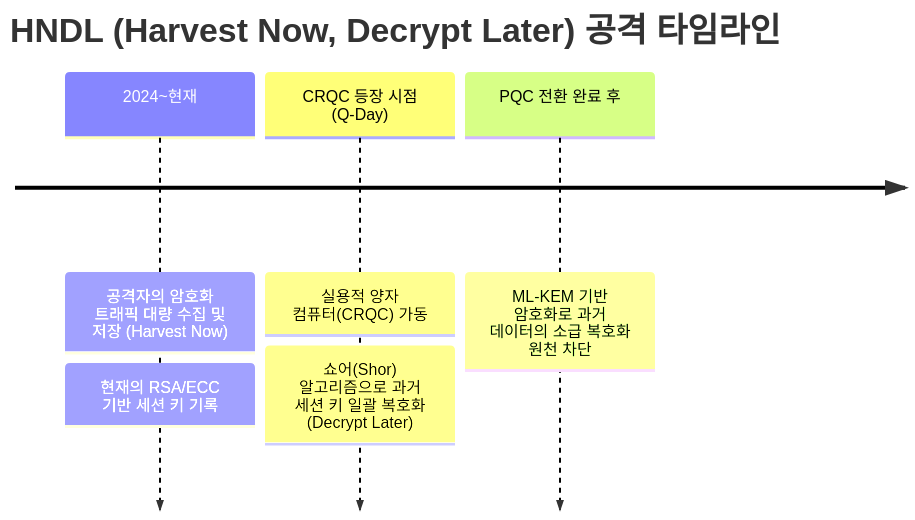
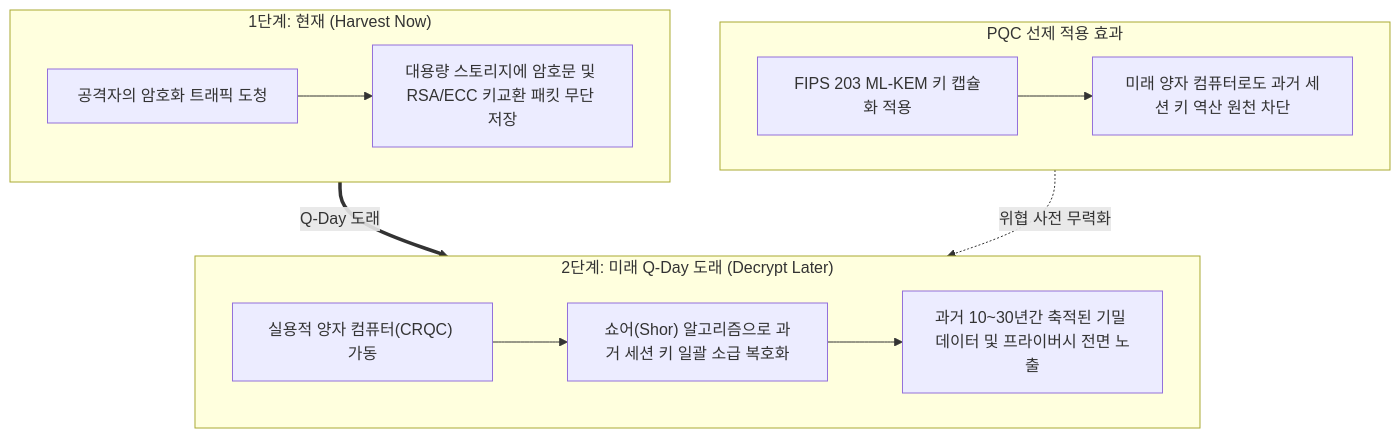
Before and after one commit to auking45/applied-pqc-lab: the first of 3 diagrams in docs/ko/03-pqc-primitives/03-security-levels.md, drawn with Mermaid. The commit also changed other lines of this file and 2 other files, not shown here.

First line of the commit message:
fix(docs): enhance HNDL and CNSA diagrams contrast for dark mode

````diff
--- a/docs/ko/03-pqc-primitives/03-security-levels.md
+++ b/docs/ko/03-pqc-primitives/03-security-levels.md
@@ -8,9 +8,18 @@
 ```mermaid
-timeline
-    title HNDL (Harvest Now, Decrypt Later) 공격 타임라인
-    2024~현재 : 공격자의 암호화 트래픽 대량 수집 및 저장 (Harvest Now)
-              : 현재의 RSA/ECC 기반 세션 키 기록
-    CRQC 등장 시점 (Q-Day) : 실용적 양자 컴퓨터(CRQC) 가동
-                           : 쇼어(Shor) 알고리즘으로 과거 세션 키 일괄 복호화 (Decrypt Later)
-    PQC 전환 완료 후 : ML-KEM 기반 암호화로 과거 데이터의 소급 복호화 원천 차단
+flowchart TD
+    subgraph Phase1 ["1단계: 현재 (Harvest Now)"]
+        A["공격자의 암호화 트래픽 도청"] --> B["대용량 스토리지에 암호문 및 RSA/ECC 키교환 패킷 무단 저장"]
+    end
+
+    subgraph Phase2 ["2단계: 미래 Q-Day 도래 (Decrypt Later)"]
+        C["실용적 양자 컴퓨터(CRQC) 가동"] --> D["쇼어(Shor) 알고리즘으로 과거 세션 키 일괄 소급 복호화"]
+        D --> E["과거 10~30년간 축적된 기밀 데이터 및 프라이버시 전면 노출"]
+    end
+
+    subgraph Defense ["PQC 선제 적용 효과"]
+        F["FIPS 203 ML-KEM 키 캡슐화 적용"] --> G["미래 양자 컴퓨터로도 과거 세션 키 역산 원천 차단"]
+    end
+
+    Phase1 ==>|Q-Day 도래| Phase2
+    Defense -.->|위협 사전 무력화| Phase2
 ```
````
